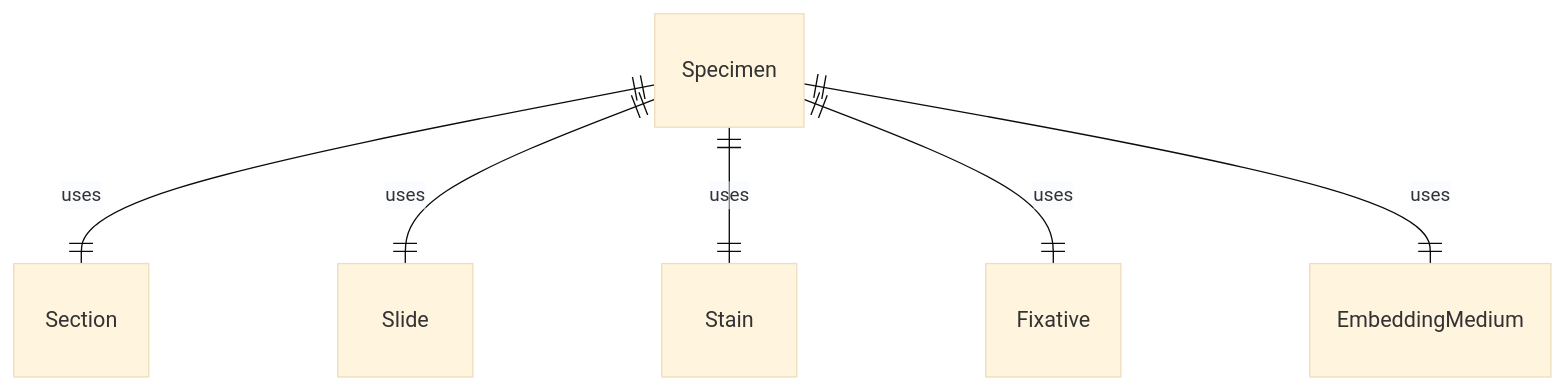
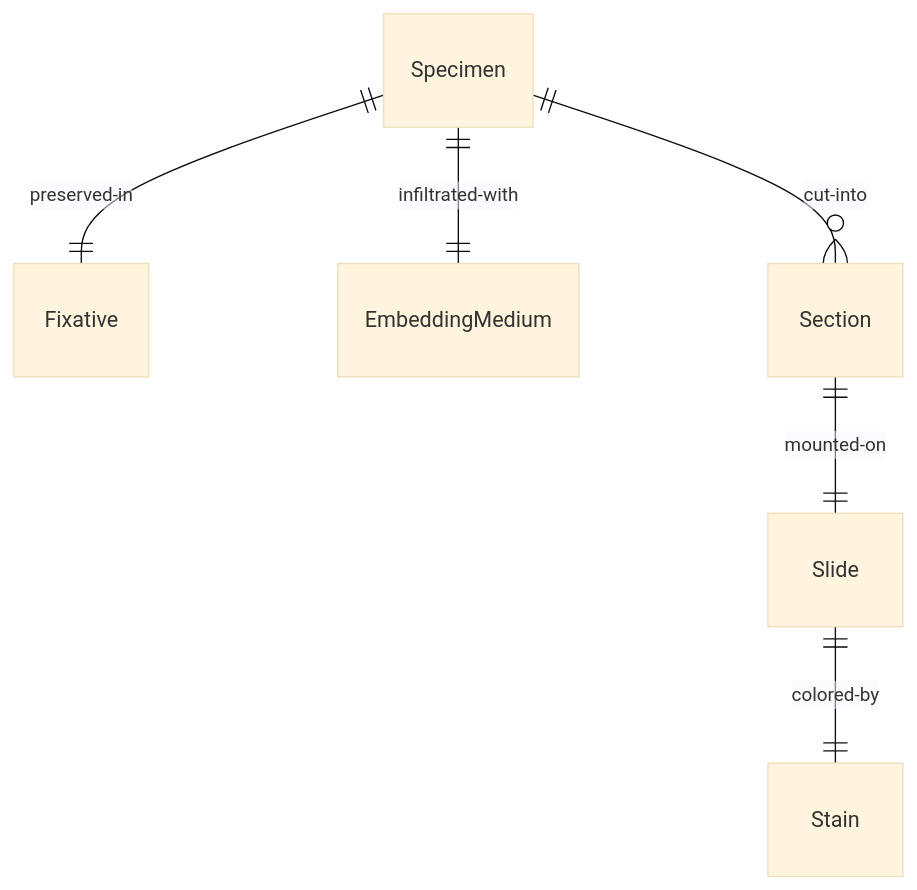
Before and after one commit to dot-org-ai/tasks.org.ai: the first of 4 diagrams in HandlingAndMovingObjects/PrepareSpecimensOrMaterialsForTesting/PrepareBiologicalSpecimensLaboratoryAnalysis.mdx, drawn with Mermaid (base theme). The commit also changed other lines of this file and 515 other files, not shown here.

````diff
--- a/HandlingAndMovingObjects/PrepareSpecimensOrMaterialsForTesting/PrepareBiologicalSpecimensLaboratoryAnalysis.mdx
+++ b/HandlingAndMovingObjects/PrepareSpecimensOrMaterialsForTesting/PrepareBiologicalSpecimensLaboratoryAnalysis.mdx
@@ -88,8 +88,8 @@
 ```mermaid
 erDiagram
-    Specimen ||--|| Section : "uses"
-    Specimen ||--|| Slide : "uses"
-    Specimen ||--|| Stain : "uses"
-    Specimen ||--|| Fixative : "uses"
-    Specimen ||--|| EmbeddingMedium : "uses"
+    Specimen ||--|| Fixative : "preserved-in"
+    Specimen ||--|| EmbeddingMedium : "infiltrated-with"
+    Specimen ||--o{ Section : "cut-into"
+    Section ||--|| Slide : "mounted-on"
+    Slide ||--|| Stain : "colored-by"
 ```
````
